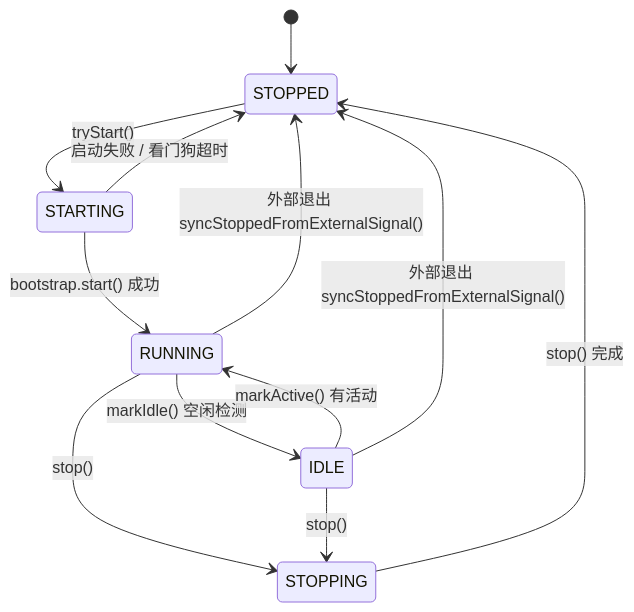
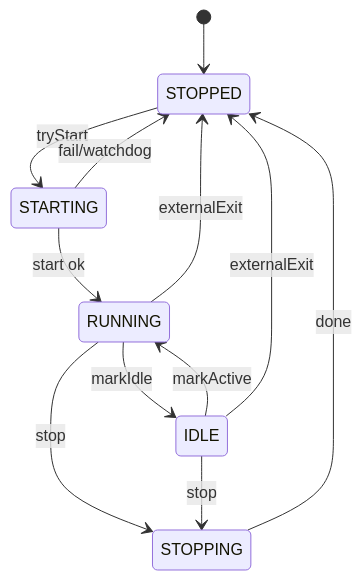
One commit to junjiewwang/myblog changed the second of 2 diagrams in docs/observability/otel-arthas-lifecycle-management.md. Above: the diagram before and after it, drawn with Mermaid. The commit also changed 1 other file, not shown here.

Commit message:
feat(mermaid): 优化 Mermaid 图表配色和渲染
- 降级 Mermaid 到 9.4.3 稳定版，修复 'svg element not in render tree' 错误
- 添加亮/暗色主题自适应配置，深色模式配色优化
- 简化时序图和状态机图的参与者名称，提高可读性
- 优化 CSS 样式，增强深色模式下的对比度

````diff
--- a/docs/observability/otel-arthas-lifecycle-management.md
+++ b/docs/observability/otel-arthas-lifecycle-management.md
@@ -430,20 +430,20 @@
 ```mermaid
 stateDiagram-v2
     [*] --> STOPPED
     
-    STOPPED --> STARTING: tryStart()
+    STOPPED --> STARTING: tryStart
     
-    STARTING --> RUNNING: bootstrap.start() 成功
-    STARTING --> STOPPED: 启动失败 / 看门狗超时
+    STARTING --> RUNNING: start ok
+    STARTING --> STOPPED: fail/watchdog
     
-    RUNNING --> IDLE: markIdle() 空闲检测
-    IDLE --> RUNNING: markActive() 有活动
+    RUNNING --> IDLE: markIdle
+    IDLE --> RUNNING: markActive
     
-    RUNNING --> STOPPING: stop()
-    IDLE --> STOPPING: stop()
+    RUNNING --> STOPPING: stop
+    IDLE --> STOPPING: stop
     
-    STOPPING --> STOPPED: stop() 完成
+    STOPPING --> STOPPED: done
     
-    RUNNING --> STOPPED: 外部退出 syncStoppedFromExternalSignal()
-    IDLE --> STOPPED: 外部退出 syncStoppedFromExternalSignal()
+    RUNNING --> STOPPED: externalExit
+    IDLE --> STOPPED: externalExit
 ```
````
